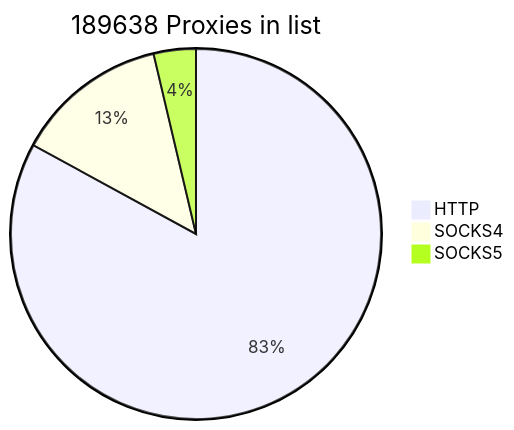
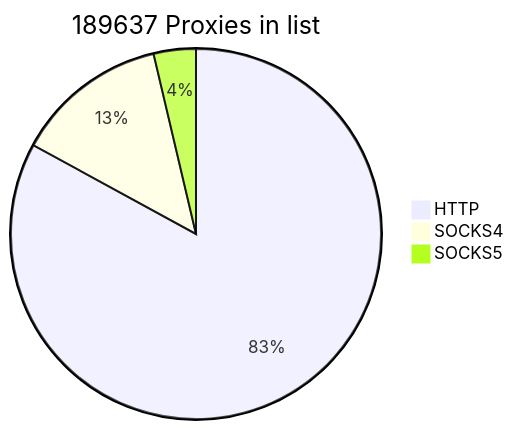
One commit to cutipu/proxylist changed the first of 2 diagrams in README.md. Above: the diagram before and after it, drawn with Mermaid. The commit also changed other lines of this file, not shown here.

````diff
--- a/README.md
+++ b/README.md
@@ -2,7 +2,7 @@
 ```mermaid
-pie title 189638 Proxies in list
+pie title 189637 Proxies in list
     "HTTP" : 157323
-    "SOCKS4" : 25331
+    "SOCKS4" : 25330
     "SOCKS5" : 6984
             
 ```
````
